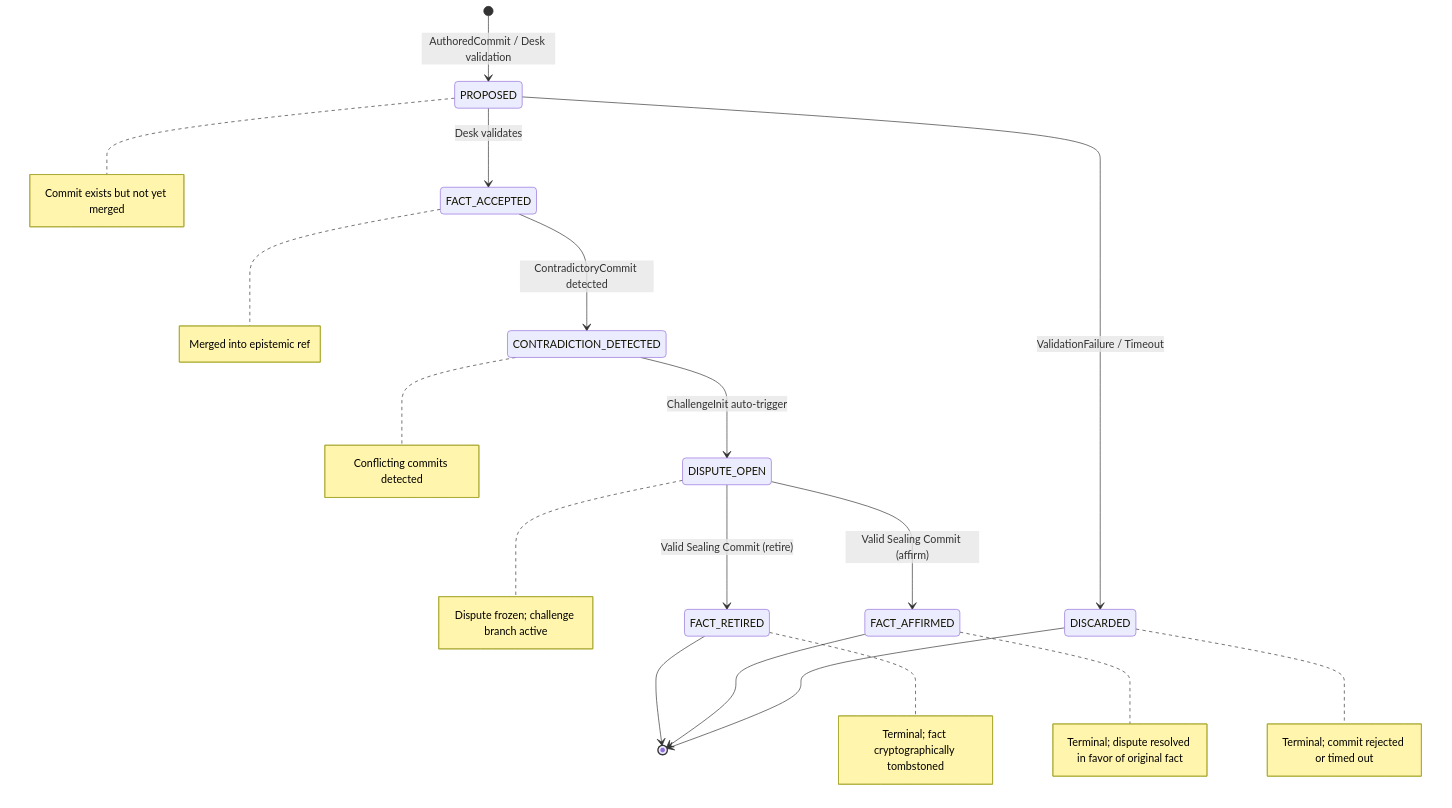
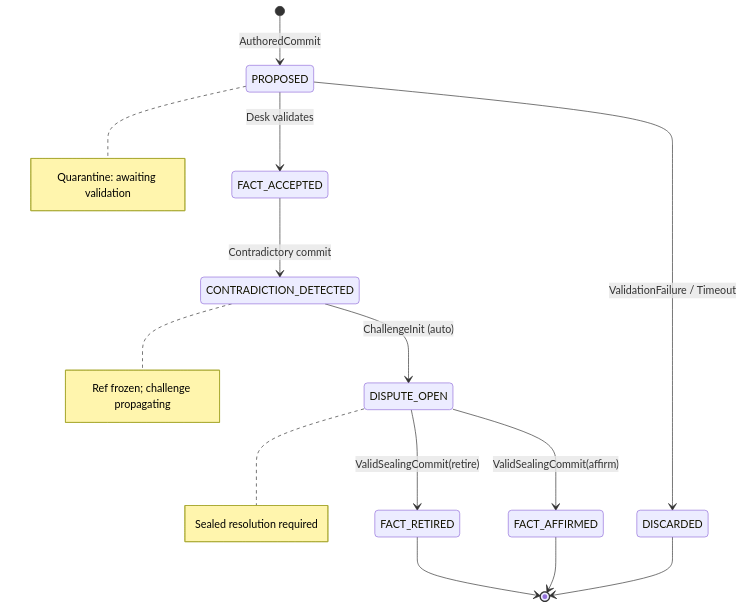
Before and after one commit to yumin-chen/epistemic-machine-protocol: the diagram in docs/architecture/design/README.md, drawn with Mermaid. The commit also changed other lines of this file, not shown here.

````diff
--- a/docs/architecture/design/README.md
+++ b/docs/architecture/design/README.md
@@ -47,44 +178,25 @@
 ```mermaid
-%% Epistemic Machine Protocol EFSM
-
 stateDiagram-v2
-    [*] --> PROPOSED: AuthoredCommit / Desk validation
+    [*] --> PROPOSED: AuthoredCommit
     PROPOSED --> FACT_ACCEPTED: Desk validates
     PROPOSED --> DISCARDED: ValidationFailure / Timeout
-    FACT_ACCEPTED --> CONTRADICTION_DETECTED: ContradictoryCommit detected
-    CONTRADICTION_DETECTED --> DISPUTE_OPEN: ChallengeInit auto-trigger
-    DISPUTE_OPEN --> FACT_RETIRED: Valid Sealing Commit (retire)
-    DISPUTE_OPEN --> FACT_AFFIRMED: Valid Sealing Commit (affirm)
+    FACT_ACCEPTED --> CONTRADICTION_DETECTED: Contradictory commit
+    CONTRADICTION_DETECTED --> DISPUTE_OPEN: ChallengeInit (auto)
+    DISPUTE_OPEN --> FACT_RETIRED: ValidSealingCommit(retire)
+    DISPUTE_OPEN --> FACT_AFFIRMED: ValidSealingCommit(affirm)
     FACT_RETIRED --> [*]
     FACT_AFFIRMED --> [*]
     DISCARDED --> [*]
 
-%% Optional: Annotations for context
-note right of PROPOSED
-  Commit exists but not yet merged
-end note
+    note right of PROPOSED
+      Quarantine: awaiting validation
+    end note
 
-note right of FACT_ACCEPTED
-  Merged into epistemic ref
-end note
+    note right of CONTRADICTION_DETECTED
+      Ref frozen; challenge propagating
+    end note
 
-note right of CONTRADICTION_DETECTED
-  Conflicting commits detected
-end note
-
-note right of DISPUTE_OPEN
-  Dispute frozen; challenge branch active
-end note
-
-note right of FACT_RETIRED
-  Terminal; fact cryptographically tombstoned
-end note
-
-note right of FACT_AFFIRMED
-  Terminal; dispute resolved in favor of original fact
-end note
-
-note right of DISCARDED
-  Terminal; commit rejected or timed out
-end note
+    note right of DISPUTE_OPEN
+      Sealed resolution required
+    end note
 ```
````
